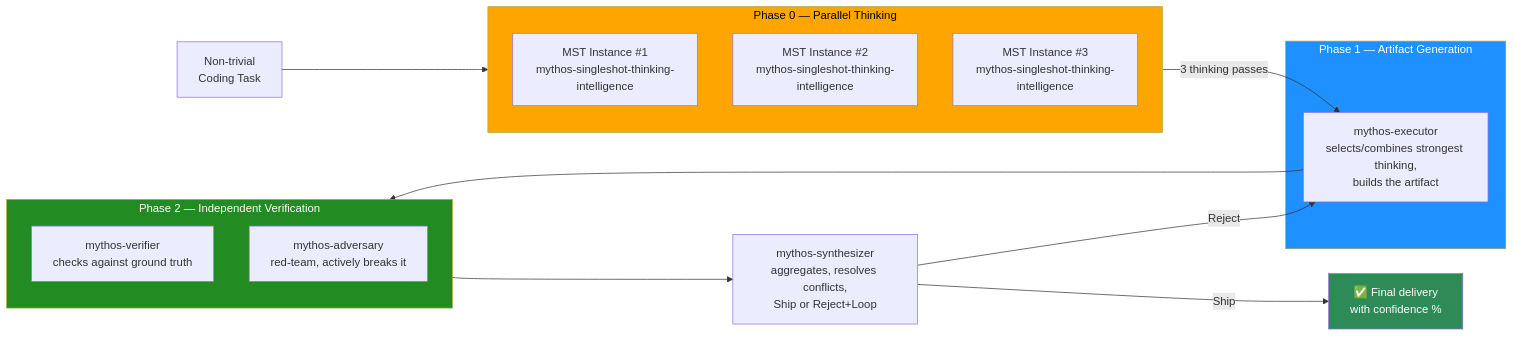
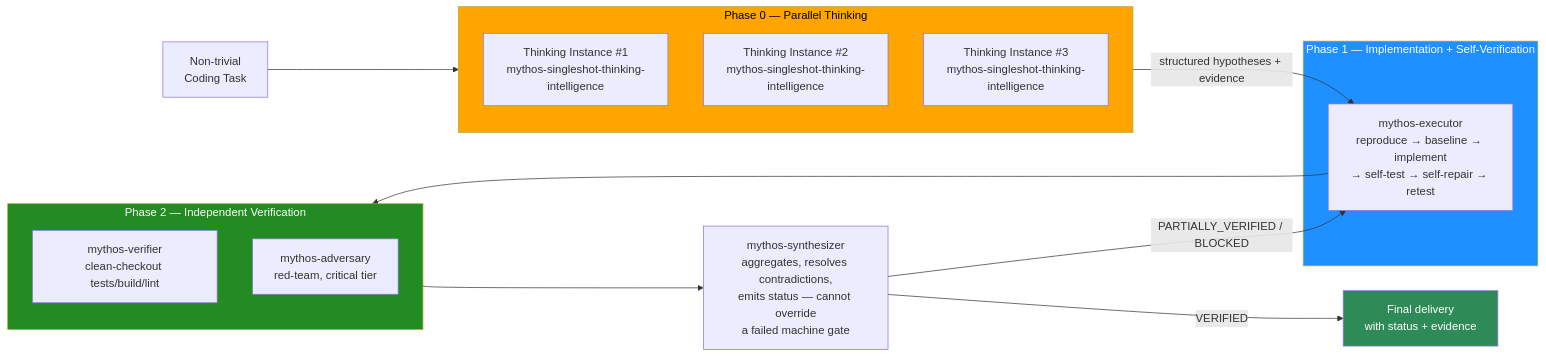
One commit to emco1234/fable-mythos-grok changed the diagram in README.md. Above: the diagram before and after it, drawn with Mermaid. The commit also changed other lines of this file and 23 other files, not shown here.

First line of the commit message:
Reliability harness v2: least privilege, self-verification, deterministic done-gate

````diff
--- a/README.md
+++ b/README.md
@@ -70,35 +69,35 @@
 ```mermaid
 flowchart LR
     T[Non-trivial<br/>Coding Task] --> P0
 
     subgraph P0[Phase 0 — Parallel Thinking]
         direction TB
-        M1[MST Instance #1<br/>mythos-singleshot-thinking-intelligence]
-        M2[MST Instance #2<br/>mythos-singleshot-thinking-intelligence]
-        M3[MST Instance #3<br/>mythos-singleshot-thinking-intelligence]
+        M1[Thinking Instance #1<br/>mythos-singleshot-thinking-intelligence]
+        M2[Thinking Instance #2<br/>mythos-singleshot-thinking-intelligence]
+        M3[Thinking Instance #3<br/>mythos-singleshot-thinking-intelligence]
     end
 
-    P0 -->|3 thinking passes| EX
+    P0 -->|structured hypotheses + evidence| EX
 
-    subgraph P1[Phase 1 — Artifact Generation]
-        EX[mythos-executor<br/>selects/combines strongest thinking,<br/>builds the artifact]
+    subgraph P1[Phase 1 — Implementation + Self-Verification]
+        EX[mythos-executor<br/>reproduce → baseline → implement<br/>→ self-test → self-repair → retest]
     end
 
     EX --> P2
 
     subgraph P2[Phase 2 — Independent Verification]
         direction TB
-        V[mythos-verifier<br/>checks against ground truth]
-        A[mythos-adversary<br/>red-team, actively breaks it]
+        V[mythos-verifier<br/>clean-checkout tests/build/lint]
+        A[mythos-adversary<br/>red-team, critical tier]
     end
 
-    P2 --> SY[mythos-synthesizer<br/>aggregates, resolves conflicts,<br/>Ship or Reject+Loop]
+    P2 --> SY[mythos-synthesizer<br/>aggregates, resolves contradictions,<br/>emits status — cannot override<br/>a failed machine gate]
 
-    SY -->|Ship| OUT[✅ Final delivery<br/>with confidence %]
-    SY -->|Reject| EX
+    SY -->|VERIFIED| OUT[Final delivery<br/>with status + evidence]
+    SY -->|PARTIALLY_VERIFIED / BLOCKED| EX
 
     style P0 fill:#FFA500,color:#000
     style P1 fill:#1E90FF,color:#fff
     style P2 fill:#228B22,color:#fff
     style OUT fill:#2E8B57,color:#fff
 ```
````
